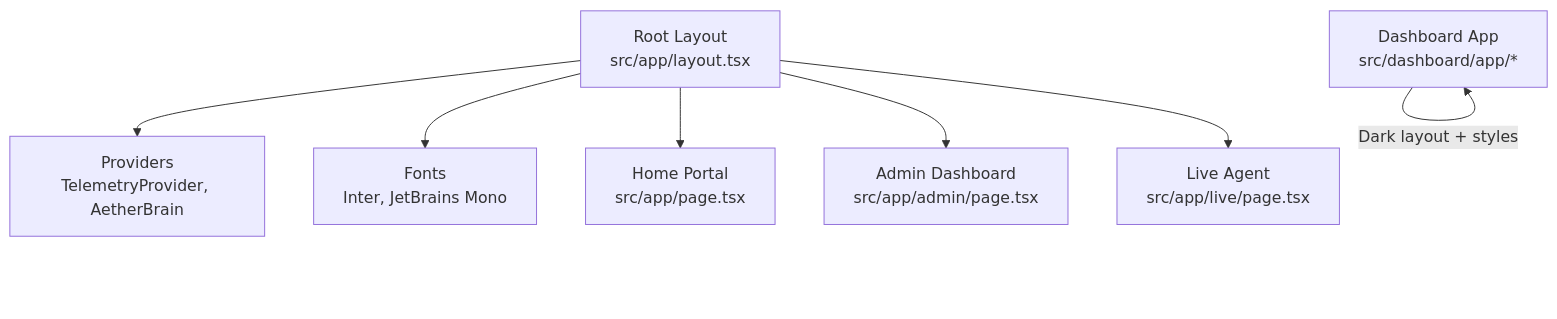
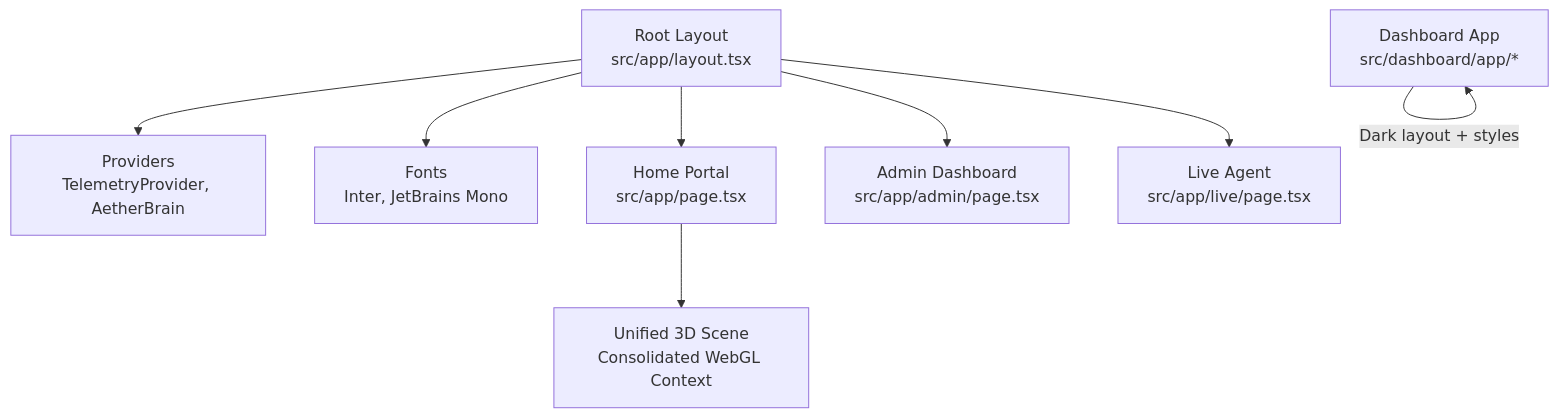
The second of 11 diagrams in .qoder/repowiki/en/content/Frontend Application/Next.js Application Structure.md (Moeabdelaziz007/Aether-Voice-OS), drawn with Mermaid before and after one commit. The commit also changed other lines of this file and 29 other files, not shown here.

````diff
--- a/.qoder/repowiki/en/content/Frontend Application/Next.js Application Structure.md
+++ b/.qoder/repowiki/en/content/Frontend Application/Next.js Application Structure.md
@@ -116,16 +127,18 @@
 ```mermaid
 graph TB
 RootLayout["Root Layout<br/>src/app/layout.tsx"]
 Providers["Providers<br/>TelemetryProvider, AetherBrain"]
 Fonts["Fonts<br/>Inter, JetBrains Mono"]
 HomePage["Home Portal<br/>src/app/page.tsx"]
 AdminPage["Admin Dashboard<br/>src/app/admin/page.tsx"]
 LivePage["Live Agent<br/>src/app/live/page.tsx"]
 DashApp["Dashboard App<br/>src/dashboard/app/*"]
+UnifiedScene["Unified 3D Scene<br/>Consolidated WebGL Context"]
 RootLayout --> Providers
 RootLayout --> Fonts
 RootLayout --> HomePage
 RootLayout --> AdminPage
 RootLayout --> LivePage
 DashApp --> |"Dark layout + styles"| DashApp
+HomePage --> UnifiedScene
 ```
````
